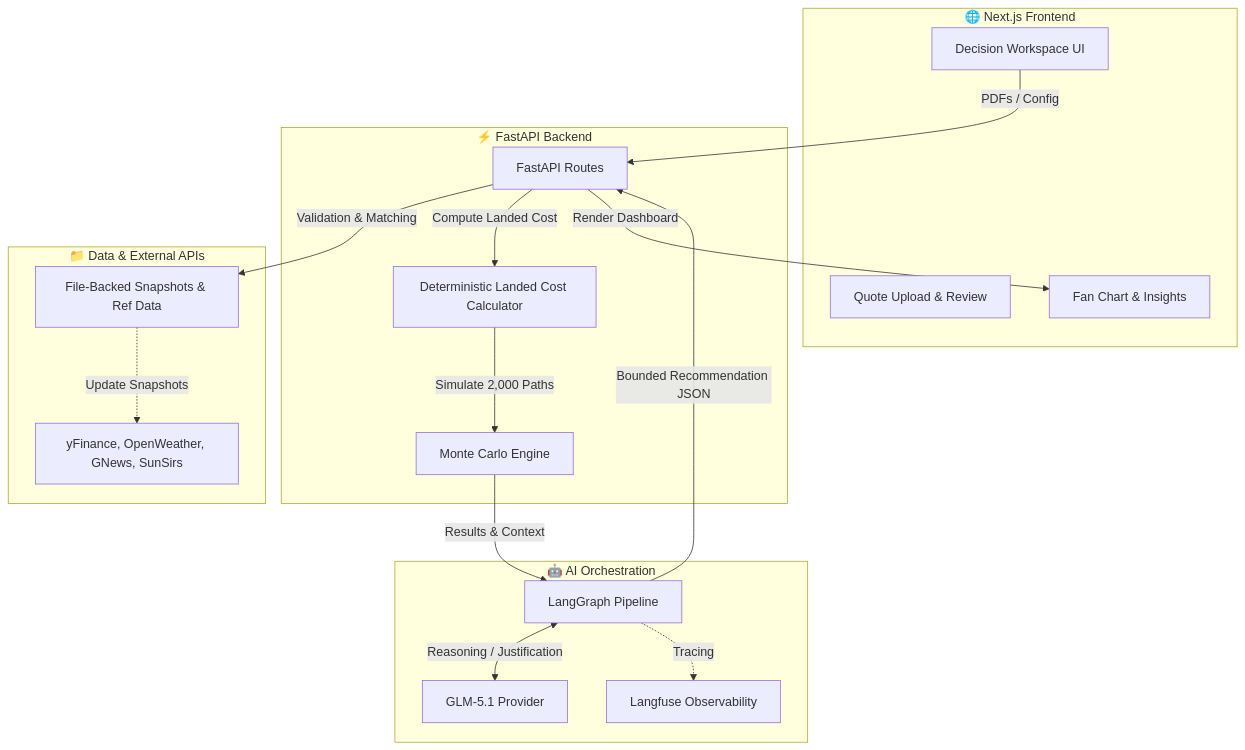
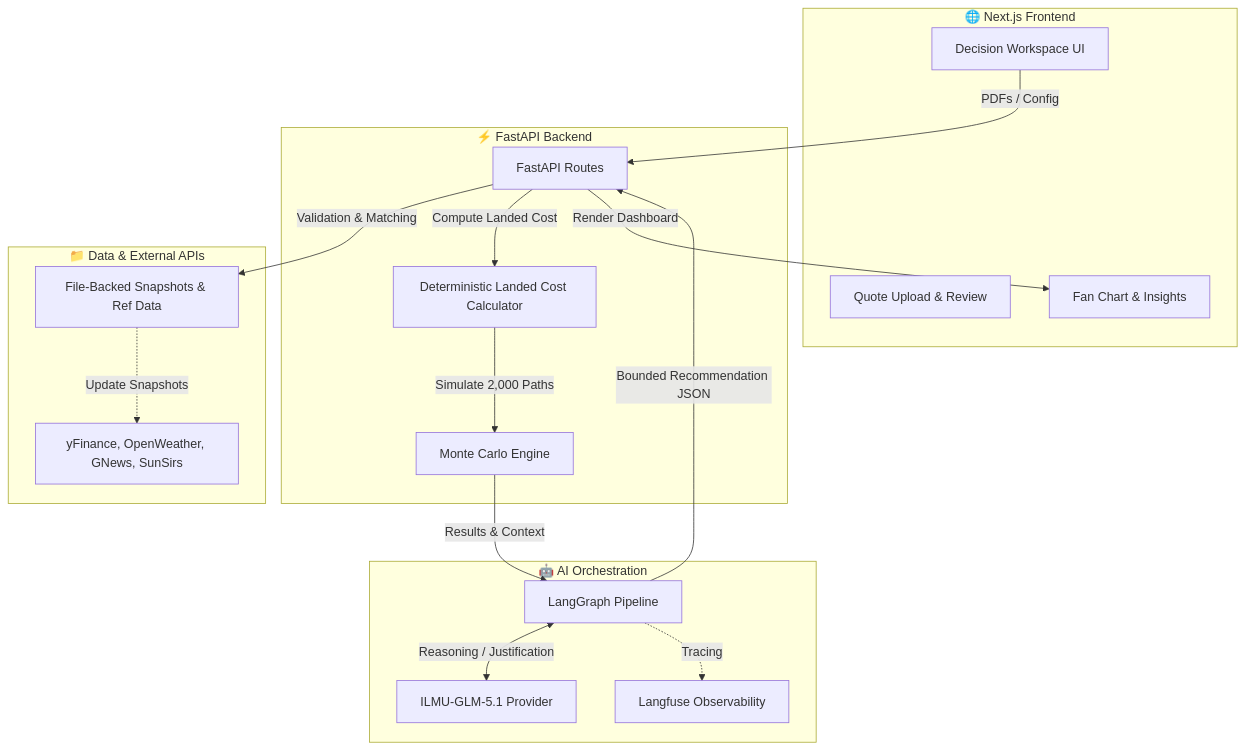
One commit to prowestjonny88/404NotFounders changed the diagram in README.md. Above: the diagram before and after it, drawn with Mermaid.

Commit message:
Update GLM provider name in README

````diff
--- a/README.md
+++ b/README.md
@@ -52,44 +52,44 @@
 ```mermaid
 graph TD
     %% Frontend
     subgraph Frontend [🌐 Next.js Frontend]
         UI[Decision Workspace UI]
         Upload[Quote Upload & Review]
         Results[Fan Chart & Insights]
     end
 
     %% Backend APIs
     subgraph Backend [⚡ FastAPI Backend]
         API[FastAPI Routes]
         LCC[Deterministic Landed Cost Calculator]
         MC[Monte Carlo Engine]
     end
 
     %% AI & Orchestration
     subgraph AI_Layer [🤖 AI Orchestration]
         LG[LangGraph Pipeline]
-        GLM[GLM-5.1 Provider]
+        GLM[ILMU-GLM-5.1 Provider]
         Trace[Langfuse Observability]
     end
 
     %% Data & External
     subgraph Data [📁 Data & External APIs]
         Local[File-Backed Snapshots & Ref Data]
         Ext[yFinance, OpenWeather, GNews, SunSirs]
     end
 
     %% Wiring
     UI --> |PDFs / Config| API
     API --> |Validation & Matching| Local
     Local -.-> |Update Snapshots| Ext
     
     API --> |Compute Landed Cost| LCC
     LCC --> |Simulate 2,000 Paths| MC
     
     MC --> |Results & Context| LG
     LG <--> |Reasoning / Justification| GLM
     LG -.-> |Tracing| Trace
     
     LG --> |Bounded Recommendation JSON| API
     API --> |Render Dashboard| Results
 ```
````
